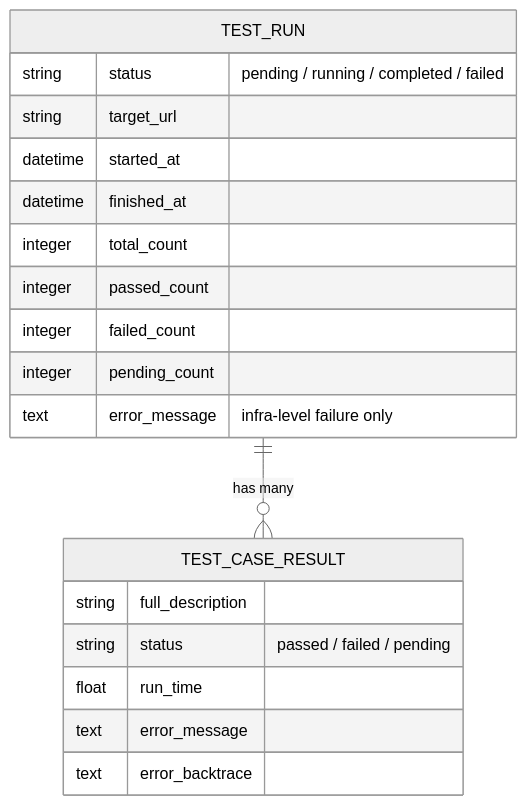
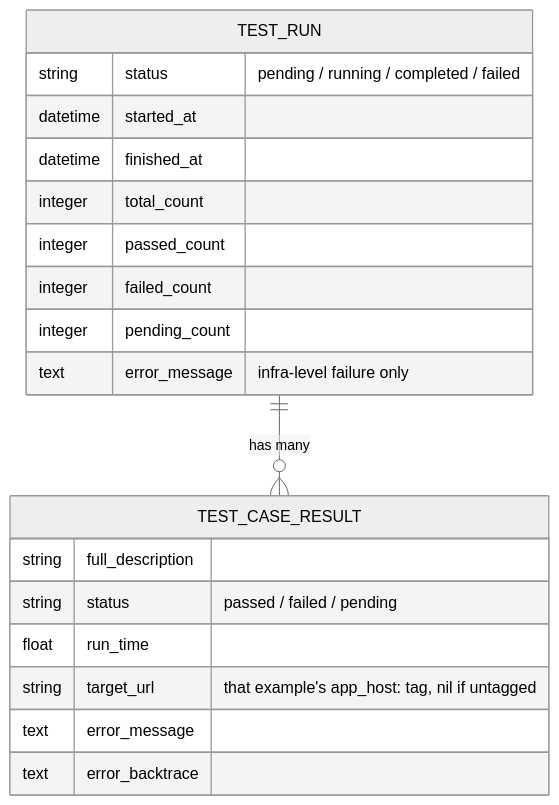
One commit to dev-friends/poc-app-test-api changed the second of 6 diagrams in docs/ARCHITECTURE.md. Above: the diagram before and after it, drawn with Mermaid (neutral theme). The commit also changed other lines of this file and 15 other files, not shown here.

First line of the commit message:
Move target_url from TestRun to TestCaseResult

````diff
--- a/docs/ARCHITECTURE.md
+++ b/docs/ARCHITECTURE.md
@@ -85,22 +85,22 @@
 ```mermaid
 erDiagram
   TEST_RUN ||--o{ TEST_CASE_RESULT : "has many"
   TEST_RUN {
     string status "pending / running / completed / failed"
-    string target_url
     datetime started_at
     datetime finished_at
     integer total_count
     integer passed_count
     integer failed_count
     integer pending_count
     text error_message "infra-level failure only"
   }
   TEST_CASE_RESULT {
     string full_description
     string status "passed / failed / pending"
     float run_time
+    string target_url "that example's app_host: tag, nil if untagged"
     text error_message
     text error_backtrace
   }
 ```
````
